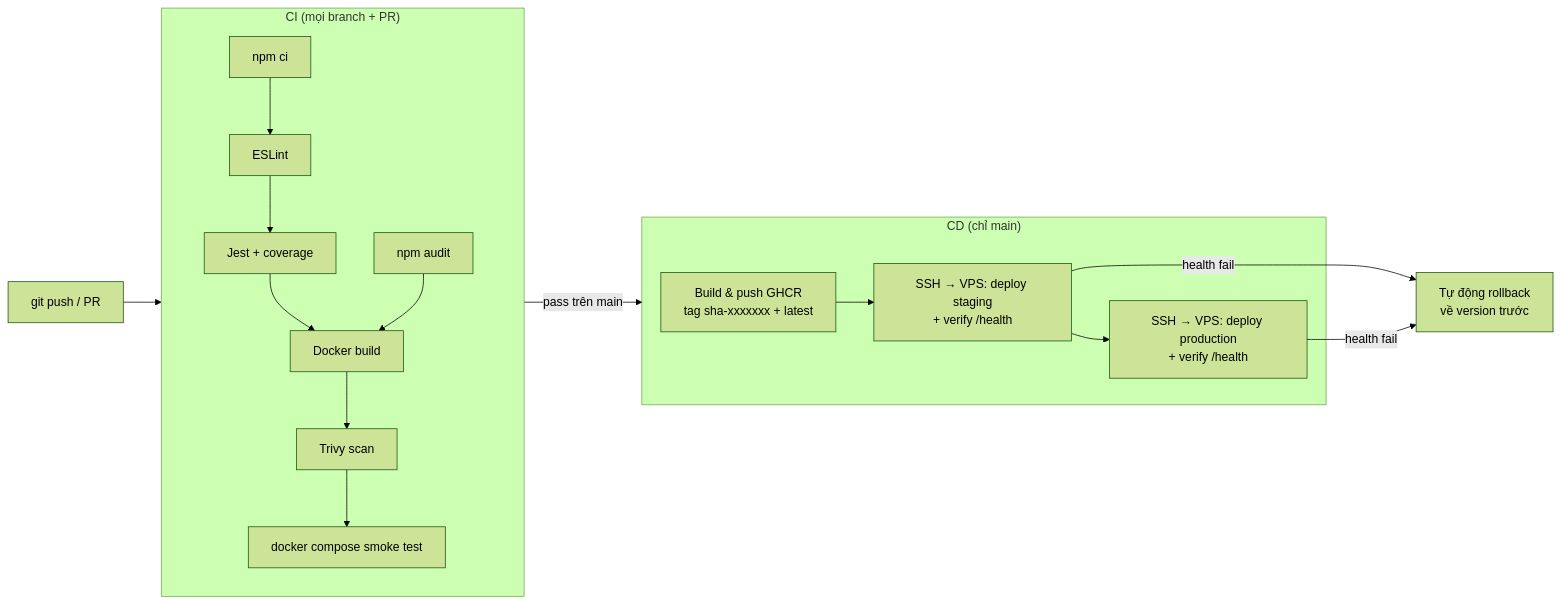
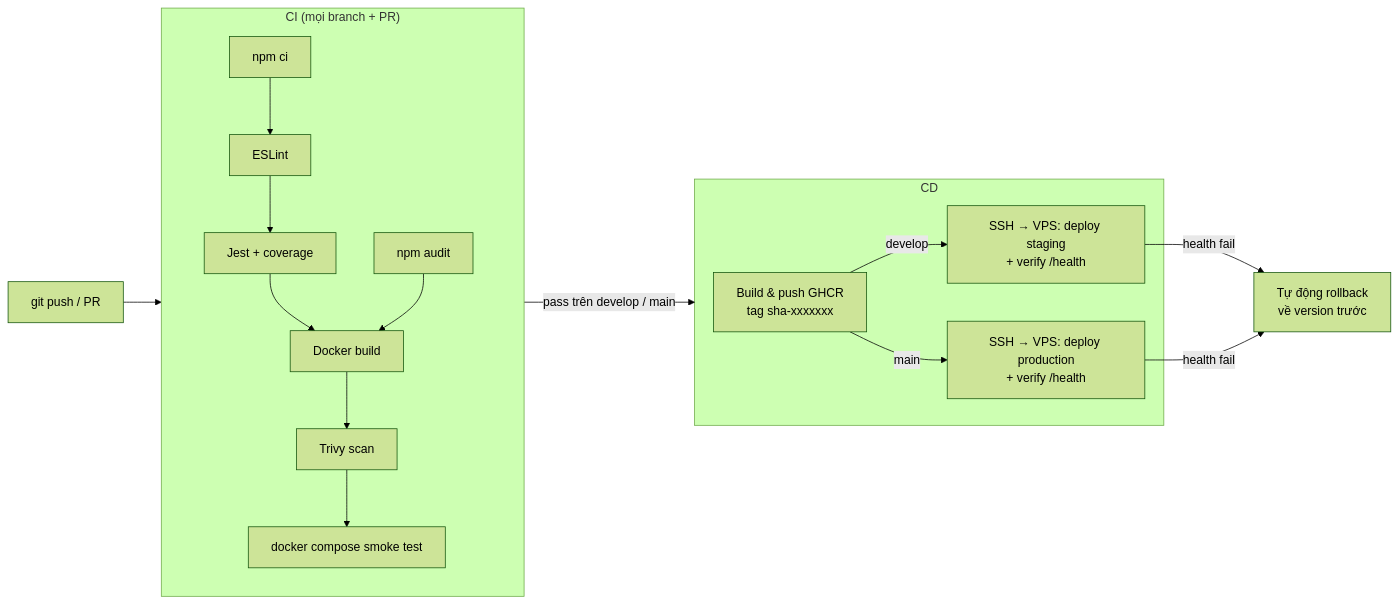
Before and after one commit to AlexanderPhan04/Intro-to-DevOps: the second of 3 diagrams in README.md, drawn with Mermaid (forest theme). The commit also changed other lines of this file and 3 other files, not shown here.

````diff
--- a/README.md
+++ b/README.md
@@ -53,15 +53,15 @@
 ```mermaid
 flowchart LR
     Dev[git push / PR] --> CI
     subgraph CI["CI (mọi branch + PR)"]
         A[npm ci] --> B[ESLint] --> C[Jest + coverage]
         D[npm audit]
         C & D --> E[Docker build] --> F[Trivy scan] --> G[docker compose smoke test]
     end
-    CI -->|pass trên main| CD
-    subgraph CD["CD (chỉ main)"]
-        H[Build & push GHCR<br/>tag sha-xxxxxxx + latest] --> I[SSH → VPS: deploy staging<br/>+ verify /health]
-        I --> J[SSH → VPS: deploy production<br/>+ verify /health]
+    CI -->|pass trên develop / main| CD
+    subgraph CD["CD"]
+        H[Build & push GHCR<br/>tag sha-xxxxxxx] -->|develop| I[SSH → VPS: deploy staging<br/>+ verify /health]
+        H -->|main| J[SSH → VPS: deploy production<br/>+ verify /health]
     end
     I & J -->|health fail| R[Tự động rollback<br/>về version trước]
 ```
````
